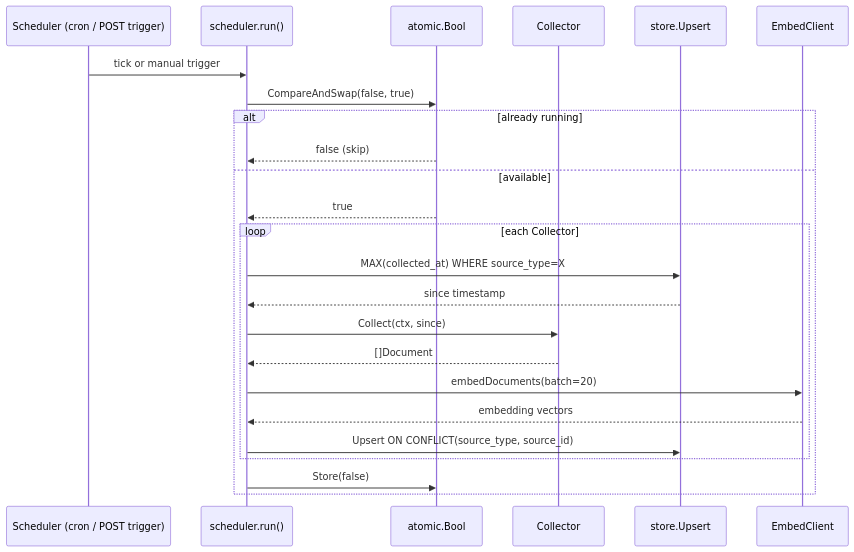
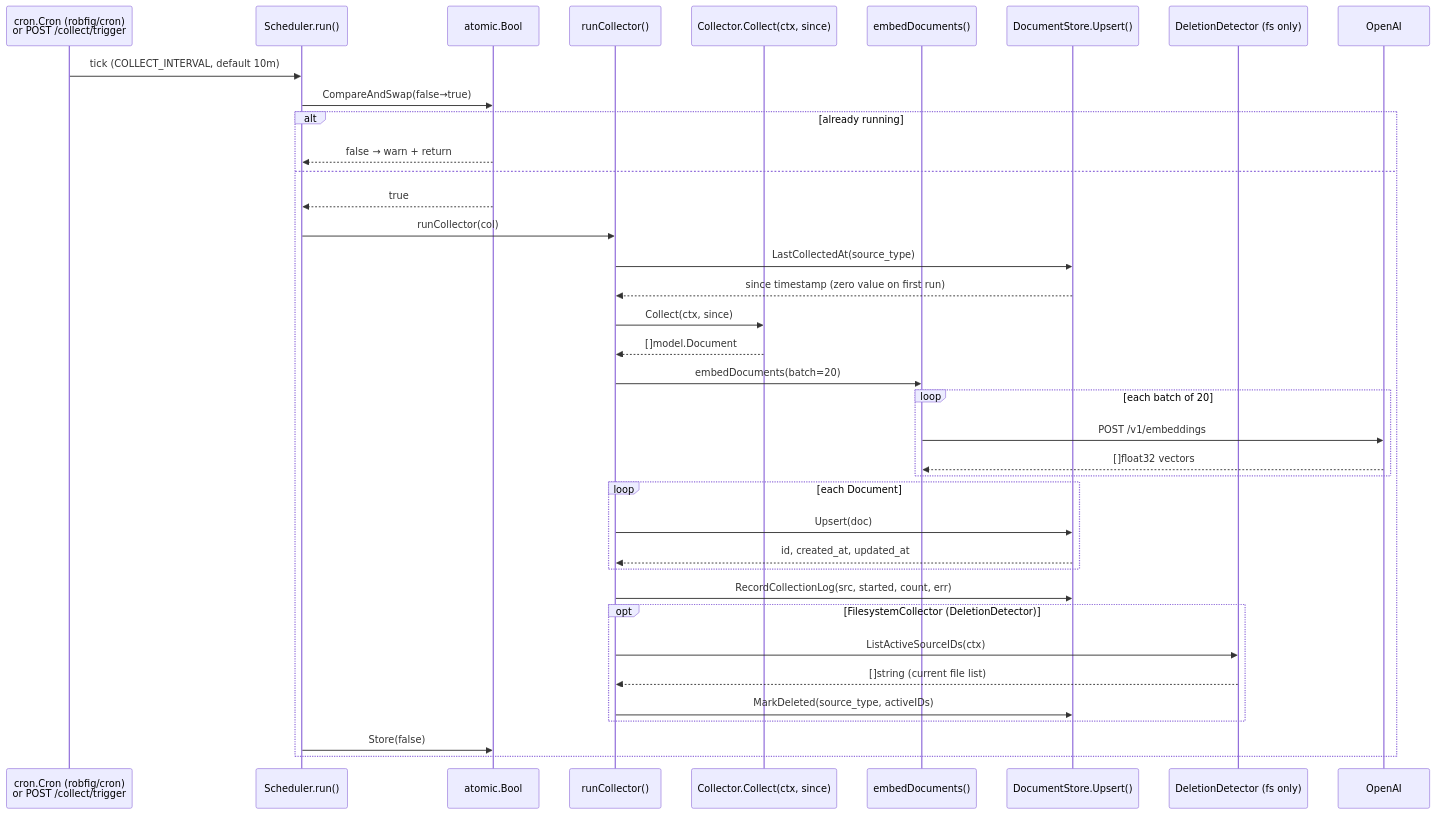
One commit to baekenough/second-brain changed the fourth of 7 diagrams in ARCHITECTURE.en.md. Above: the diagram before and after it, drawn with Mermaid. The commit also changed other lines of this file and 1 other file, not shown here.

First line of the commit message:
docs: expand architecture documentation to 1102 lines

````diff
--- a/ARCHITECTURE.en.md
+++ b/ARCHITECTURE.en.md
@@ -139,27 +255,40 @@
 ```mermaid
 sequenceDiagram
-    participant CRON as Scheduler (cron / POST trigger)
-    participant SCHED as scheduler.run()
+    participant CRON as cron.Cron (robfig/cron)<br/>or POST /collect/trigger
+    participant SCHED as Scheduler.run()
     participant CAS as atomic.Bool
-    participant COL as Collector
-    participant STORE as store.Upsert
-    participant EMBED as EmbedClient
+    participant RC as runCollector()
+    participant COL as Collector.Collect(ctx, since)
+    participant EMBED as embedDocuments()
+    participant STORE as DocumentStore.Upsert()
+    participant DD as DeletionDetector (fs only)
 
-    CRON->>SCHED: tick or manual trigger
-    SCHED->>CAS: CompareAndSwap(false, true)
+    CRON->>SCHED: tick (COLLECT_INTERVAL, default 10m)
+    SCHED->>CAS: CompareAndSwap(false→true)
     alt already running
-        CAS-->>SCHED: false (skip)
-    else available
+        CAS-->>SCHED: false → warn + return
+    else
         CAS-->>SCHED: true
-        loop each Collector
-            SCHED->>STORE: MAX(collected_at) WHERE source_type=X
-            STORE-->>SCHED: since timestamp
-            SCHED->>COL: Collect(ctx, since)
-            COL-->>SCHED: []Document
-            SCHED->>EMBED: embedDocuments(batch=20)
-            EMBED-->>SCHED: embedding vectors
-            SCHED->>STORE: Upsert ON CONFLICT(source_type, source_id)
+        SCHED->>RC: runCollector(col)
+        RC->>STORE: LastCollectedAt(source_type)
+        STORE-->>RC: since timestamp (zero value on first run)
+        RC->>COL: Collect(ctx, since)
+        COL-->>RC: []model.Document
+        RC->>EMBED: embedDocuments(batch=20)
+        loop each batch of 20
+            EMBED->>OpenAI: POST /v1/embeddings
+            OpenAI-->>EMBED: []float32 vectors
+        end
+        loop each Document
+            RC->>STORE: Upsert(doc)
+            STORE-->>RC: id, created_at, updated_at
+        end
+        RC->>STORE: RecordCollectionLog(src, started, count, err)
+        opt FilesystemCollector (DeletionDetector)
+            RC->>DD: ListActiveSourceIDs(ctx)
+            DD-->>RC: []string (current file list)
+            RC->>STORE: MarkDeleted(source_type, activeIDs)
         end
         SCHED->>CAS: Store(false)
     end
 ```
````
